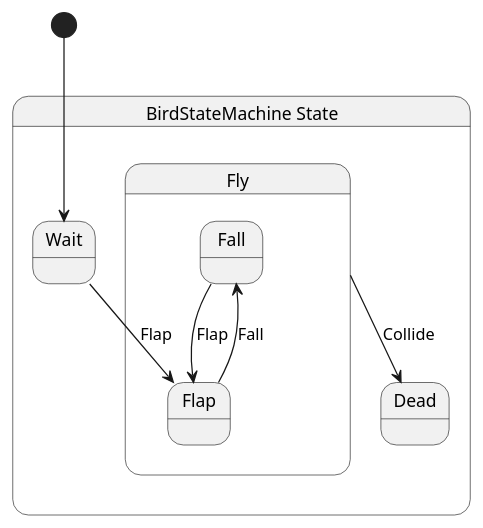
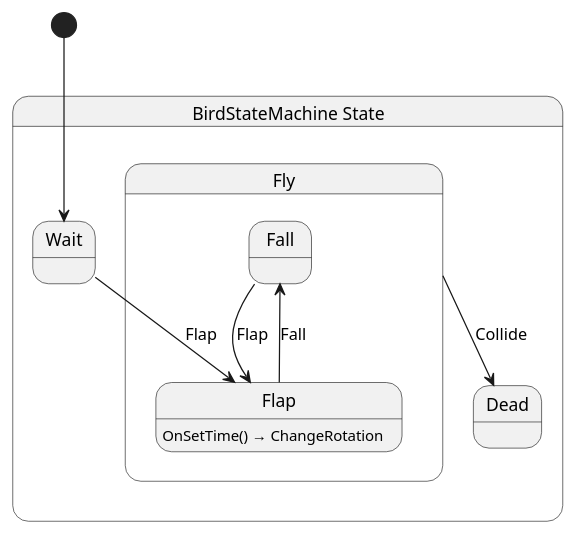
One commit to fm39hz/FlappyBirdGame changed the diagram in src/Game/Creature/Bird/BirdStateMachine.g.puml. Above: the diagram before and after it, drawn with PlantUML. The commit also changed 4 other files, not shown here.

Commit message:
feat(bird): implement bird rotation

```diff
--- a/src/Game/Creature/Bird/BirdStateMachine.g.puml
+++ b/src/Game/Creature/Bird/BirdStateMachine.g.puml
@@ -1,16 +1,19 @@
 @startuml BirdStateMachine
 state "BirdStateMachine State" as FlappyBirdGame_Game_Creature_BirdStateMachine_State {
   state "Dead" as FlappyBirdGame_Game_Creature_BirdStateMachine_State_Dead
   state "Fly" as FlappyBirdGame_Game_Creature_BirdStateMachine_State_Fly {
     state "Fall" as FlappyBirdGame_Game_Creature_BirdStateMachine_State_Fly_Fall
     state "Flap" as FlappyBirdGame_Game_Creature_BirdStateMachine_State_Fly_Flap
   }
   state "Wait" as FlappyBirdGame_Game_Creature_BirdStateMachine_State_Wait
 }
 
 FlappyBirdGame_Game_Creature_BirdStateMachine_State_Fly --> FlappyBirdGame_Game_Creature_BirdStateMachine_State_Dead : Collide
 FlappyBirdGame_Game_Creature_BirdStateMachine_State_Fly_Fall --> FlappyBirdGame_Game_Creature_BirdStateMachine_State_Fly_Flap : Flap
 FlappyBirdGame_Game_Creature_BirdStateMachine_State_Fly_Flap --> FlappyBirdGame_Game_Creature_BirdStateMachine_State_Fly_Fall : Fall
 FlappyBirdGame_Game_Creature_BirdStateMachine_State_Wait --> FlappyBirdGame_Game_Creature_BirdStateMachine_State_Fly_Flap : Flap
+
+FlappyBirdGame_Game_Creature_BirdStateMachine_State_Fly_Flap : OnSetTime() → ChangeRotation
+
 [*] --> FlappyBirdGame_Game_Creature_BirdStateMachine_State_Wait
 @enduml
```
